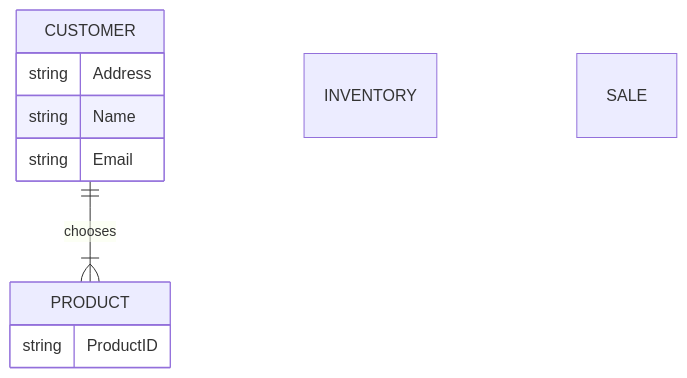
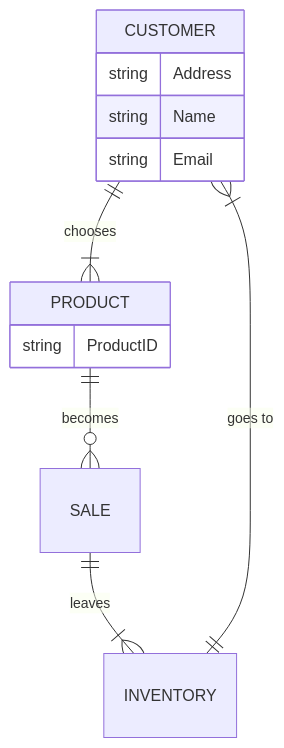
Before and after one commit to rose-wt/rose-wt.github.io: the diagram in NikeStore_ERD.md, drawn with Mermaid.

````diff
--- a/NikeStore_ERD.md
+++ b/NikeStore_ERD.md
@@ -1,18 +1,15 @@
 ```mermaid
 erDiagram
    CUSTOMER ||--|{ PRODUCT : chooses
     CUSTOMER {
         string Address
         string Name
         string Email
     }
+    PRODUCT ||--o{ SALE : becomes
     PRODUCT {
         string ProductID
     }
-    INVENTORY {
-
-    }
-    SALE {
-
-    }
+    SALE ||--|{ INVENTORY : leaves
+    INVENTORY ||--|{ CUSTOMER : "goes to"
 ```
````
